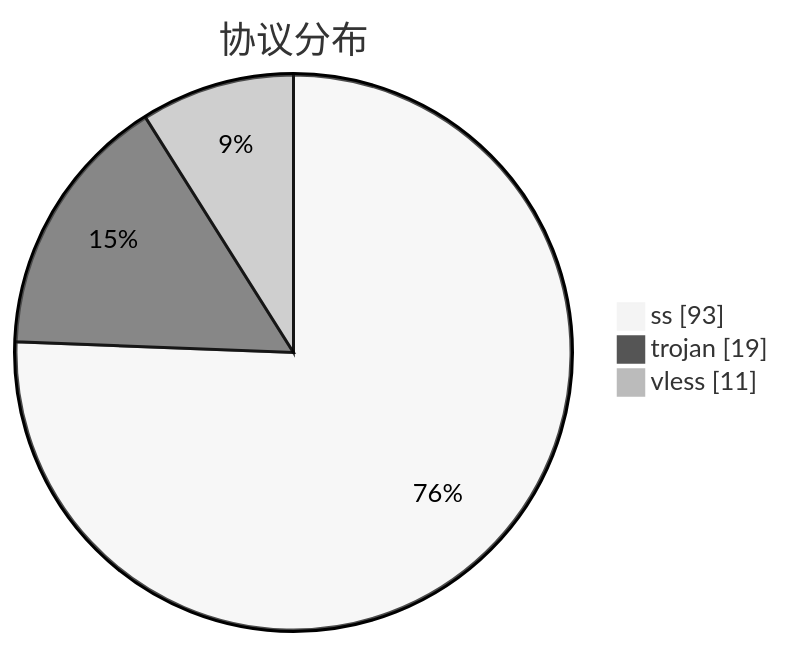
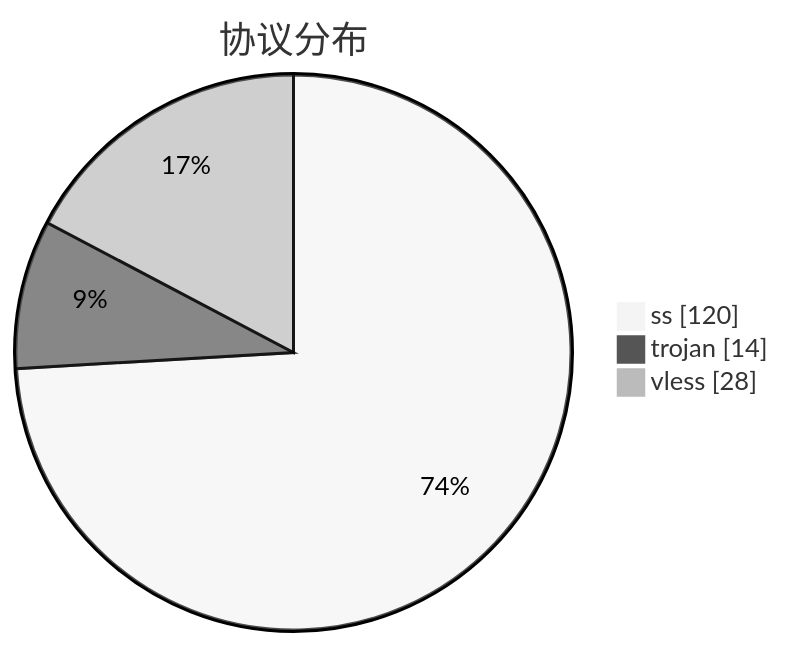
Before and after one commit to qjlxg/airport: the third of 3 diagrams in subs/statistics/tested_within.md, drawn with Mermaid (neutral theme). The commit also changed other lines of this file and 2 other files, not shown here.

````diff
--- a/subs/statistics/tested_within.md
+++ b/subs/statistics/tested_within.md
@@ -16,7 +16,7 @@
 ```mermaid
 pie showData
 title 协议分布
-"ss" : 93
-"trojan" : 19
-"vless" : 11
+"ss" : 120
+"trojan" : 14
+"vless" : 28
 ```
````
